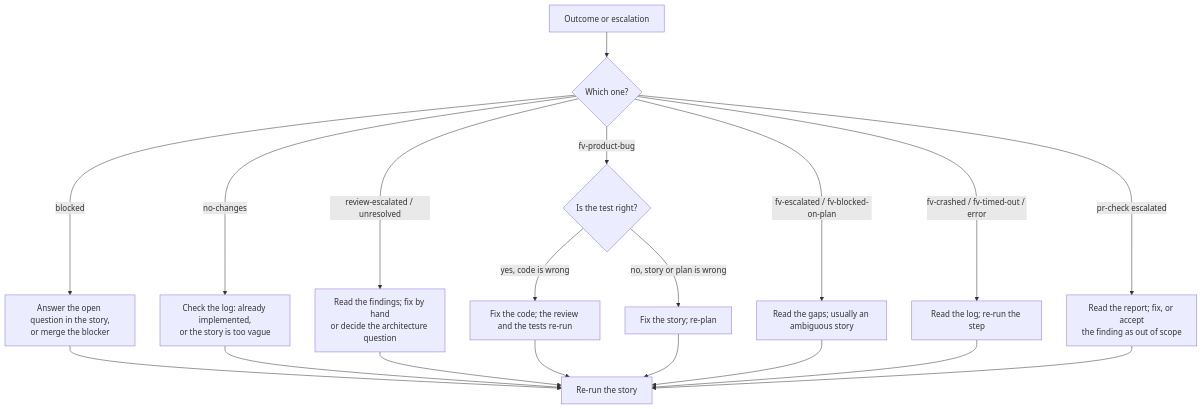
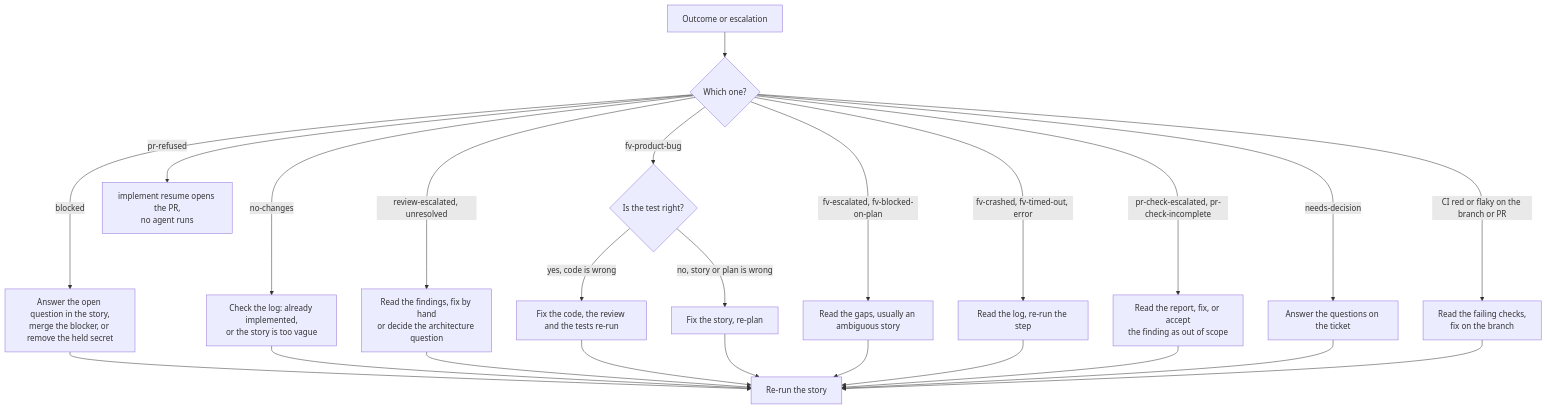
One commit to armandodollia-slalom/ai-app-factory-public changed the first of 2 diagrams in docs/ai-pipeline/escalations.md. Above: the diagram before and after it, drawn with Mermaid. The commit also changed other lines of this file and 157 other files, not shown here.

````diff
--- a/docs/ai-pipeline/escalations.md
+++ b/docs/ai-pipeline/escalations.md
@@ -21,21 +21,26 @@
 ```mermaid
 flowchart TD
-  O[Outcome or escalation] --> B{Which one?}
-  B -->|blocked| B1[Answer the open question in the story,<br/>or merge the blocker]
-  B -->|no-changes| N1[Check the log: already implemented,<br/>or the story is too vague]
-  B -->|review-escalated / unresolved| R1[Read the findings; fix by hand<br/>or decide the architecture question]
-  B -->|fv-product-bug| P1{Is the test right?}
-  P1 -->|yes, code is wrong| P2[Fix the code; the review and the tests re-run]
-  P1 -->|no, story or plan is wrong| P3[Fix the story; re-plan]
-  B -->|fv-escalated / fv-blocked-on-plan| Q1[Read the gaps; usually an ambiguous story]
-  B -->|fv-crashed / fv-timed-out / error| C1[Read the log; re-run the step]
-  B -->|pr-check escalated| PC1[Read the report; fix, or accept<br/>the finding as out of scope]
-  B1 --> RR[Re-run the story]
+  O["Outcome or escalation"] --> B{"Which one?"}
+  B -->|"blocked"| B1["Answer the open question in the story,<br/>merge the blocker, or remove the held secret"]
+  B -->|"no-changes"| N1["Check the log: already implemented,<br/>or the story is too vague"]
+  B -->|"review-escalated, unresolved"| R1["Read the findings, fix by hand<br/>or decide the architecture question"]
+  B -->|"fv-product-bug"| P1{"Is the test right?"}
+  P1 -->|"yes, code is wrong"| P2["Fix the code, the review and the tests re-run"]
+  P1 -->|"no, story or plan is wrong"| P3["Fix the story, re-plan"]
+  B -->|"fv-escalated, fv-blocked-on-plan"| Q1["Read the gaps, usually an ambiguous story"]
+  B -->|"fv-crashed, fv-timed-out, error"| C1["Read the log, re-run the step"]
+  B -->|"pr-check-escalated, pr-check-incomplete"| PC1["Read the report, fix, or accept<br/>the finding as out of scope"]
+  B -->|"needs-decision"| D1["Answer the questions on the ticket"]
+  B -->|"CI red or flaky on the branch or PR"| CI1["Read the failing checks,<br/>fix on the branch"]
+  B -->|"pr-refused"| PR1["implement resume opens the PR,<br/>no agent runs"]
+  B1 --> RR["Re-run the story"]
   N1 --> RR
   R1 --> RR
   P2 --> RR
   P3 --> RR
   Q1 --> RR
   C1 --> RR
   PC1 --> RR
+  D1 --> RR
+  CI1 --> RR
 ```
````
